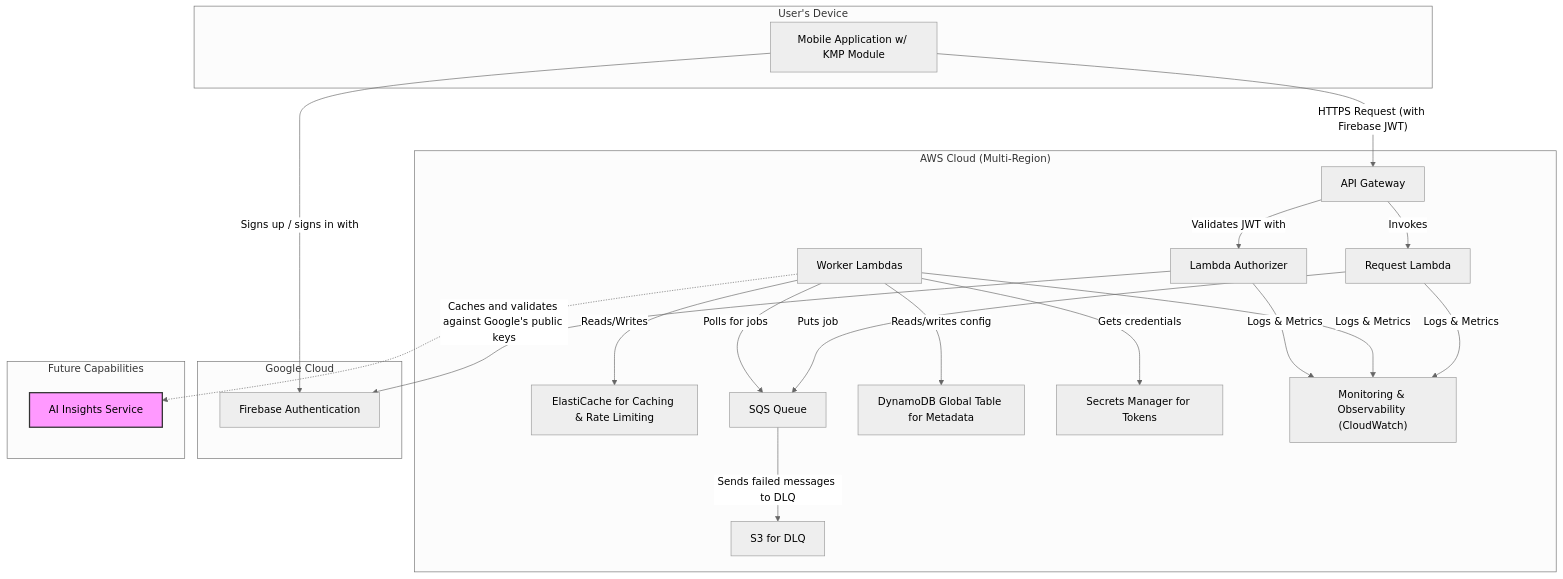
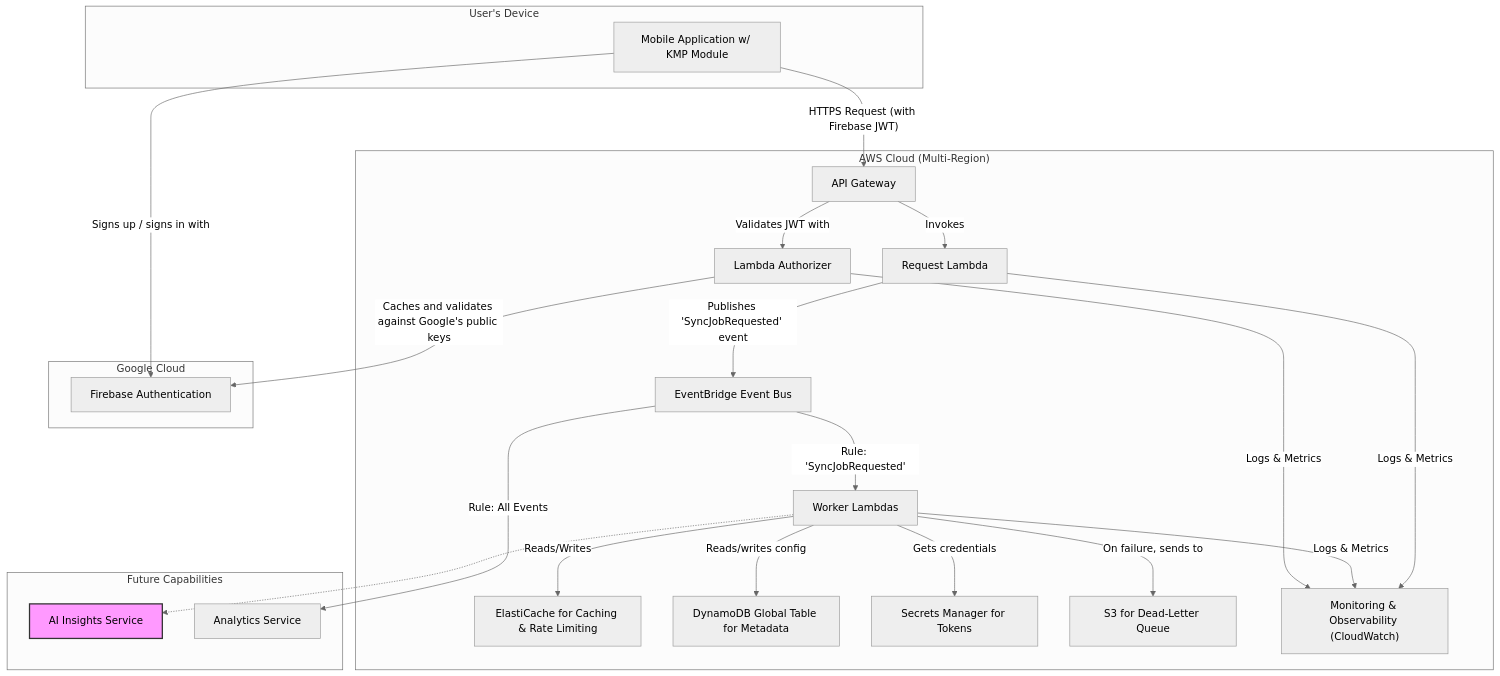
Before and after one commit to dino10bit/healthsync: the second of 4 diagrams in 06-technical-architecture.md, drawn with Mermaid (neutral theme). The commit also changed other lines of this file, not shown here.

First line of the commit message:
doc: Refactor architecture to use EventBridge

````diff
--- a/06-technical-architecture.md
+++ b/06-technical-architecture.md
@@ -67,45 +67,47 @@
 ```mermaid
 graph TD
     subgraph "AWS Cloud (Multi-Region)"
         APIGateway[API Gateway]
         AuthorizerLambda[Lambda Authorizer]
+        EventBus[EventBridge Event Bus]
         ElastiCache[ElastiCache for Caching & Rate Limiting]
         RequestLambda[Request Lambda]
-        SQSQueue[SQS Queue]
         WorkerLambda[Worker Lambdas]
         DynamoDB[DynamoDB Global Table for Metadata]
         SecretsManager[Secrets Manager for Tokens]
-        S3[S3 for DLQ]
+        S3[S3 for Dead-Letter Queue]
         Observability["Monitoring & Observability (CloudWatch)"]
     end
 
     subgraph "Google Cloud"
         FirebaseAuth[Firebase Authentication]
     end
 
     subgraph "Future Capabilities"
         style AI_Service fill:#f9f,stroke:#333,stroke-width:2px
         AI_Service[AI Insights Service]
+        AnalyticsService[Analytics Service]
     end
 
     subgraph "User's Device"
         MobileApp[Mobile Application w/ KMP Module]
     end
 
     MobileApp -- Signs up / signs in with --> FirebaseAuth
     MobileApp -- "HTTPS Request (with Firebase JWT)" --> APIGateway
     APIGateway -- "Validates JWT with" --> AuthorizerLambda
     AuthorizerLambda -- "Caches and validates against Google's public keys"--> FirebaseAuth
     APIGateway -- Invokes --> RequestLambda
-    RequestLambda -- Puts job --> SQSQueue
-    WorkerLambda -- Polls for jobs --> SQSQueue
+    RequestLambda -- "Publishes 'SyncJobRequested' event" --> EventBus
+    EventBus -- "Rule: 'SyncJobRequested'" --> WorkerLambda
+    EventBus -- "Rule: All Events" --> AnalyticsService
     WorkerLambda -- Reads/writes config --> DynamoDB
     WorkerLambda -- Gets credentials --> SecretsManager
     WorkerLambda -- Reads/Writes --> ElastiCache
     WorkerLambda -.-> AI_Service
-    SQSQueue -- Sends failed messages to DLQ --> S3
+    WorkerLambda -- "On failure, sends to" --> S3
 
     RequestLambda -- Logs & Metrics --> Observability
     WorkerLambda -- Logs & Metrics --> Observability
     AuthorizerLambda -- Logs & Metrics --> Observability
 ```
````
